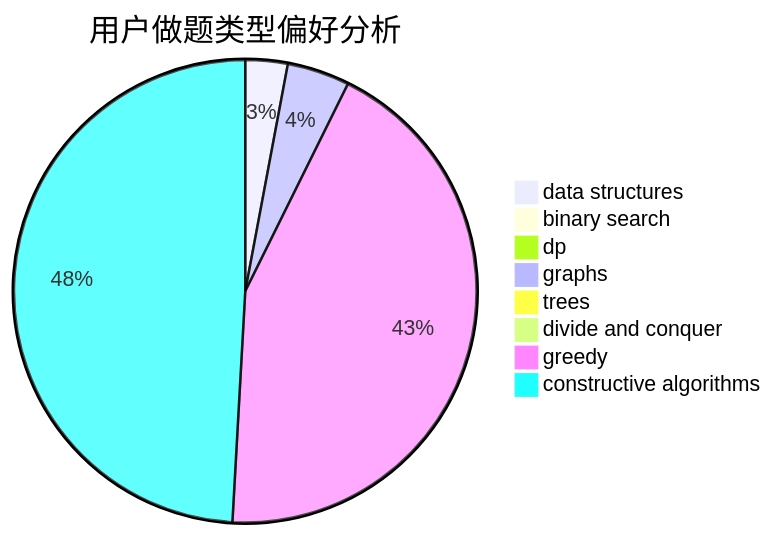
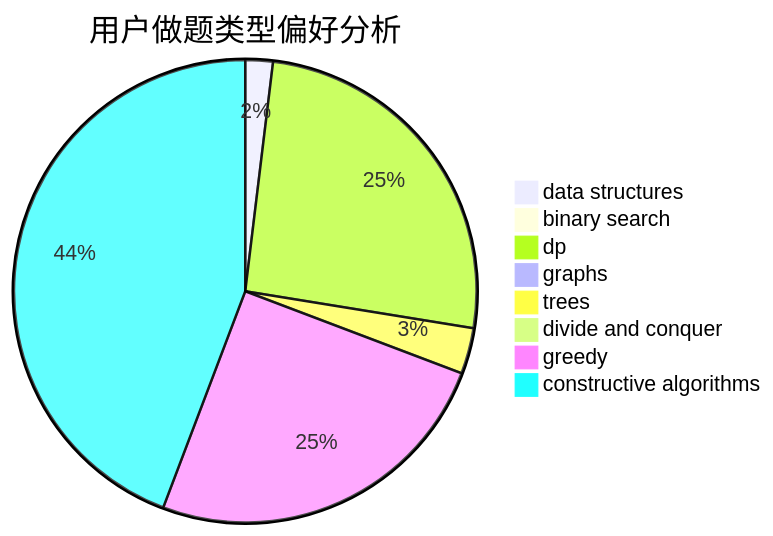
One commit to sherpahu/cfrs.github.io changed the second of 3 diagrams in docs/user/u2033.md. Above: the diagram before and after it, drawn with Mermaid. The commit also changed other lines of this file and 2770 other files, not shown here.

````diff
--- a/docs/user/u2033.md
+++ b/docs/user/u2033.md
@@ -23,11 +23,11 @@
 ```mermaid
 pie title 用户做题类型偏好分析
-    "data structures" :  25
+    "data structures" :  3
     "binary search" :  0
-    "dp" :  7
-    "graphs" :  37
-    "trees" :  4
+    "dp" :  40
+    "graphs" :  1
+    "trees" :  5
     "divide and conquer" :  0
-    "greedy" :  369
-    "constructive algorithms" :  416
+    "greedy" :  39
+    "constructive algorithms" :  69
 ```
````
